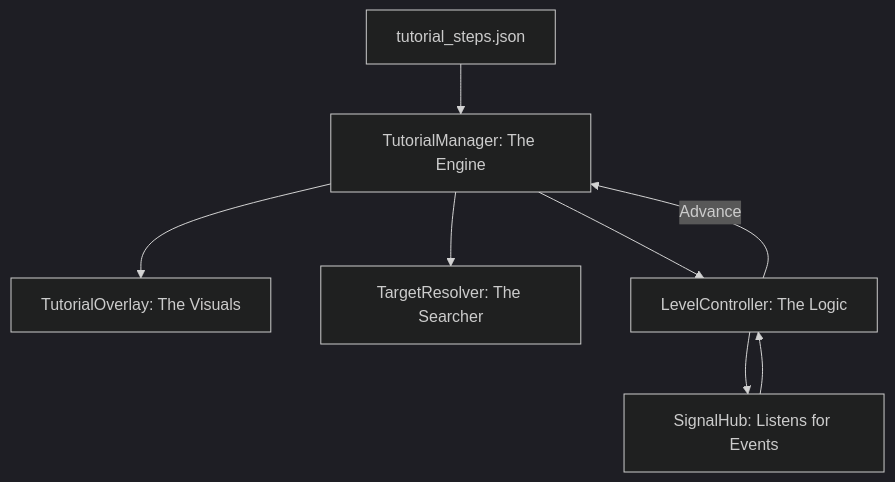
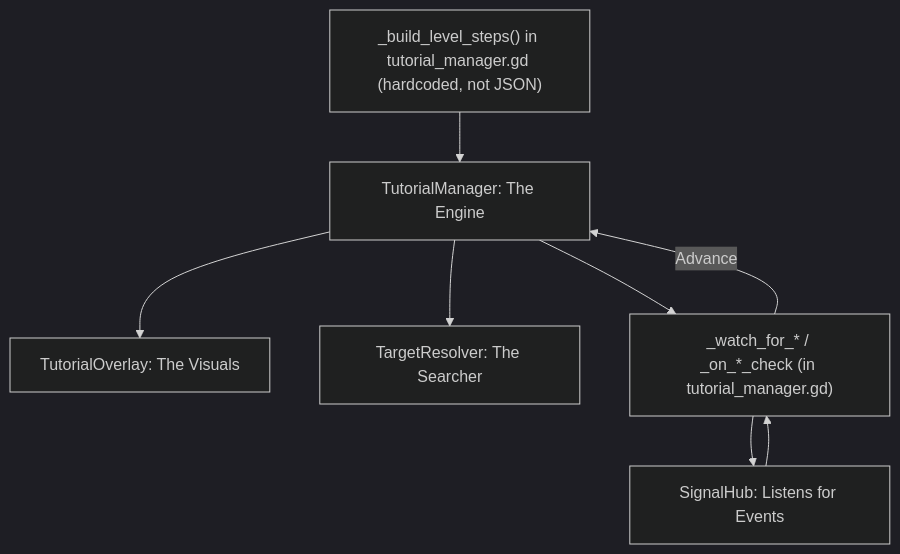
The diagram in docs/03_Systems/TutorialSystem/TutorialSystemOverview.md (OoriData/DF_Godot), drawn with Mermaid (dark theme) before and after one commit. The commit also changed other lines of this file and 12 other files, not shown here.

````diff
--- a/docs/03_Systems/TutorialSystem/TutorialSystemOverview.md
+++ b/docs/03_Systems/TutorialSystem/TutorialSystemOverview.md
@@ -26,11 +26,11 @@
 ```mermaid
 graph TD
-    JSON[tutorial_steps.json] --> Manager[TutorialManager: The Engine]
+    Steps["_build_level_steps() in tutorial_manager.gd (hardcoded, not JSON)"] --> Manager[TutorialManager: The Engine]
     Manager --> Overlay[TutorialOverlay: The Visuals]
     Manager --> Resolver[TargetResolver: The Searcher]
     
-    Manager --> Controller[LevelController: The Logic]
-    Controller --> Hub[SignalHub: Listens for Events]
-    Hub --> Controller
-    Controller -->|Advance| Manager
+    Manager --> Watchers["_watch_for_* / _on_*_check (in tutorial_manager.gd)"]
+    Watchers --> Hub[SignalHub: Listens for Events]
+    Hub --> Watchers
+    Watchers -->|Advance| Manager
 ```
````
